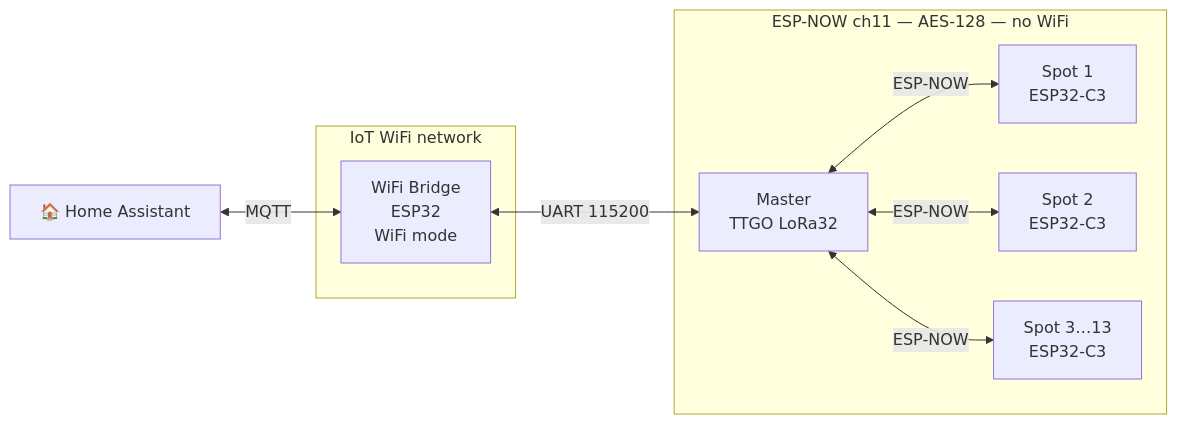
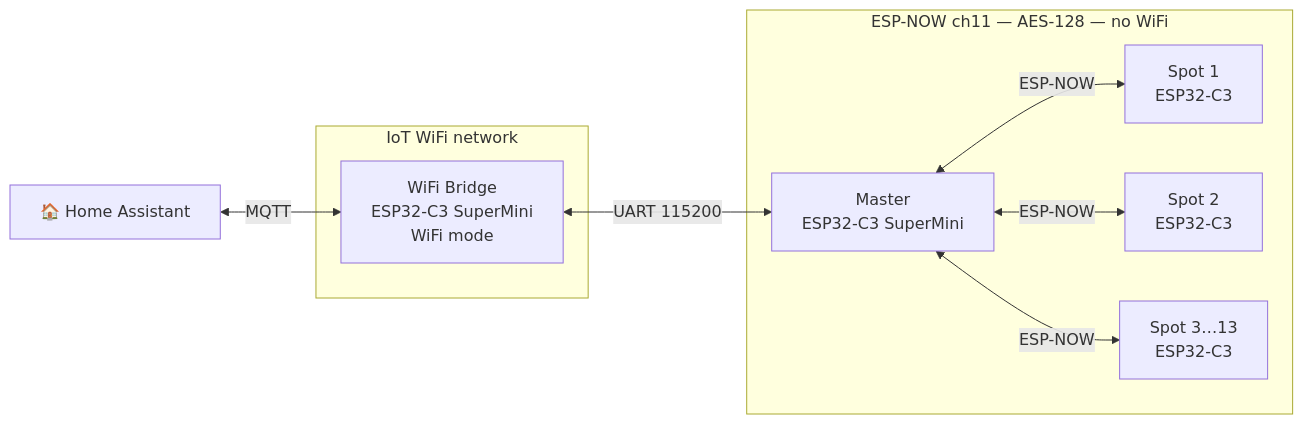
One commit to FaisalHussain95/esp32-espnow-led-spots changed the first of 2 diagrams in README.md. Above: the diagram before and after it, drawn with Mermaid. The commit also changed other lines of this file and 5 other files, not shown here.

````diff
--- a/README.md
+++ b/README.md
@@ -5,21 +5,21 @@
 ```mermaid
 graph LR
     HA[🏠 Home Assistant]
 
     subgraph wifi_net[IoT WiFi network]
-        BR[WiFi Bridge\nESP32\nWiFi mode]
+        BR[WiFi Bridge\nESP32-C3 SuperMini\nWiFi mode]
     end
 
     subgraph espnow_net[ESP-NOW ch11 — AES-128 — no WiFi]
-        MA[Master\nTTGO LoRa32]
+        MA[Master\nESP32-C3 SuperMini]
         S1[Spot 1\nESP32-C3]
         S2[Spot 2\nESP32-C3]
         SN[Spot 3…13\nESP32-C3]
         MA <-->|ESP-NOW| S1
         MA <-->|ESP-NOW| S2
         MA <-->|ESP-NOW| SN
     end
 
     HA <-->|MQTT| BR
     BR <-->|UART 115200| MA
 ```
````
